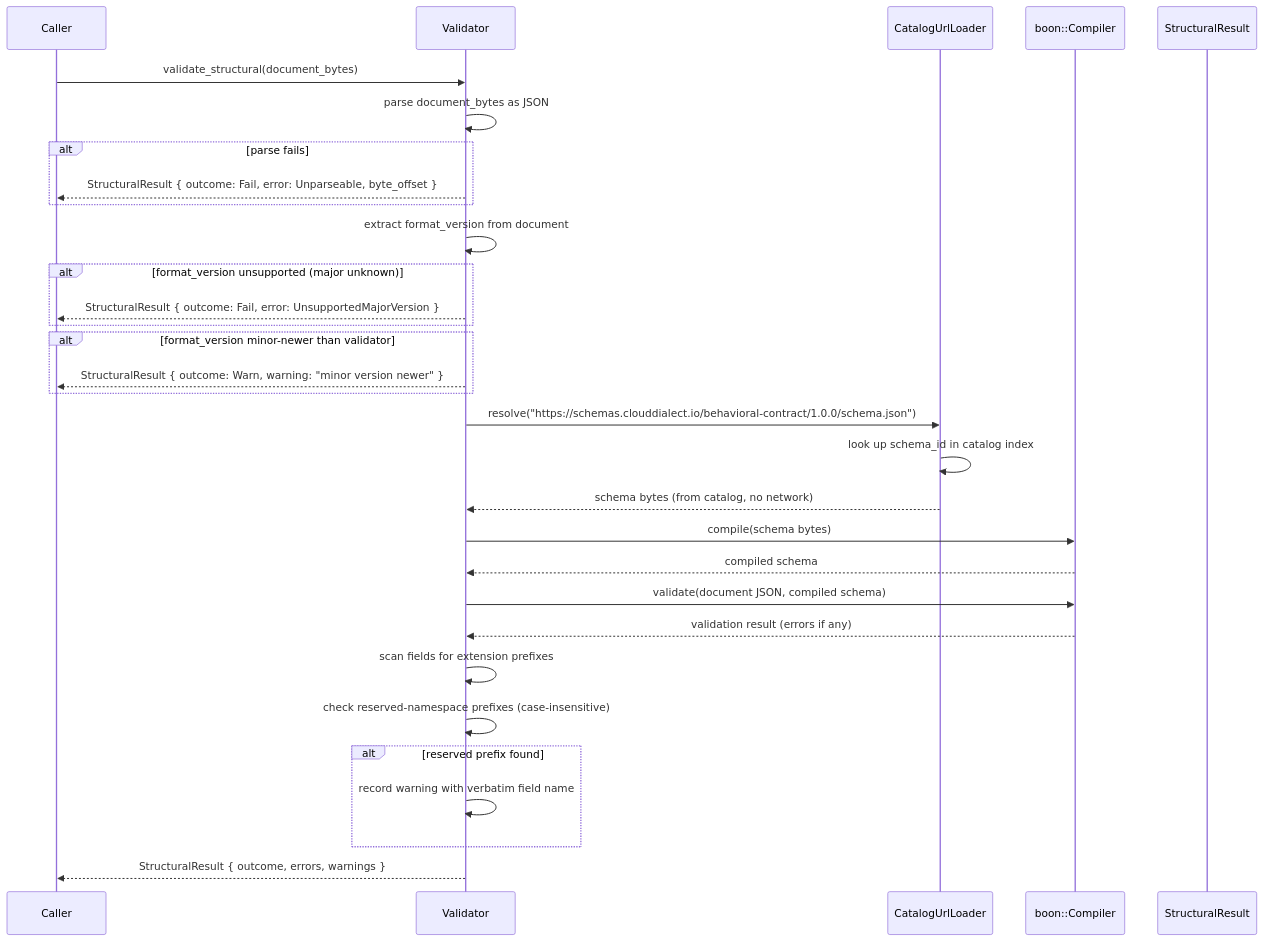
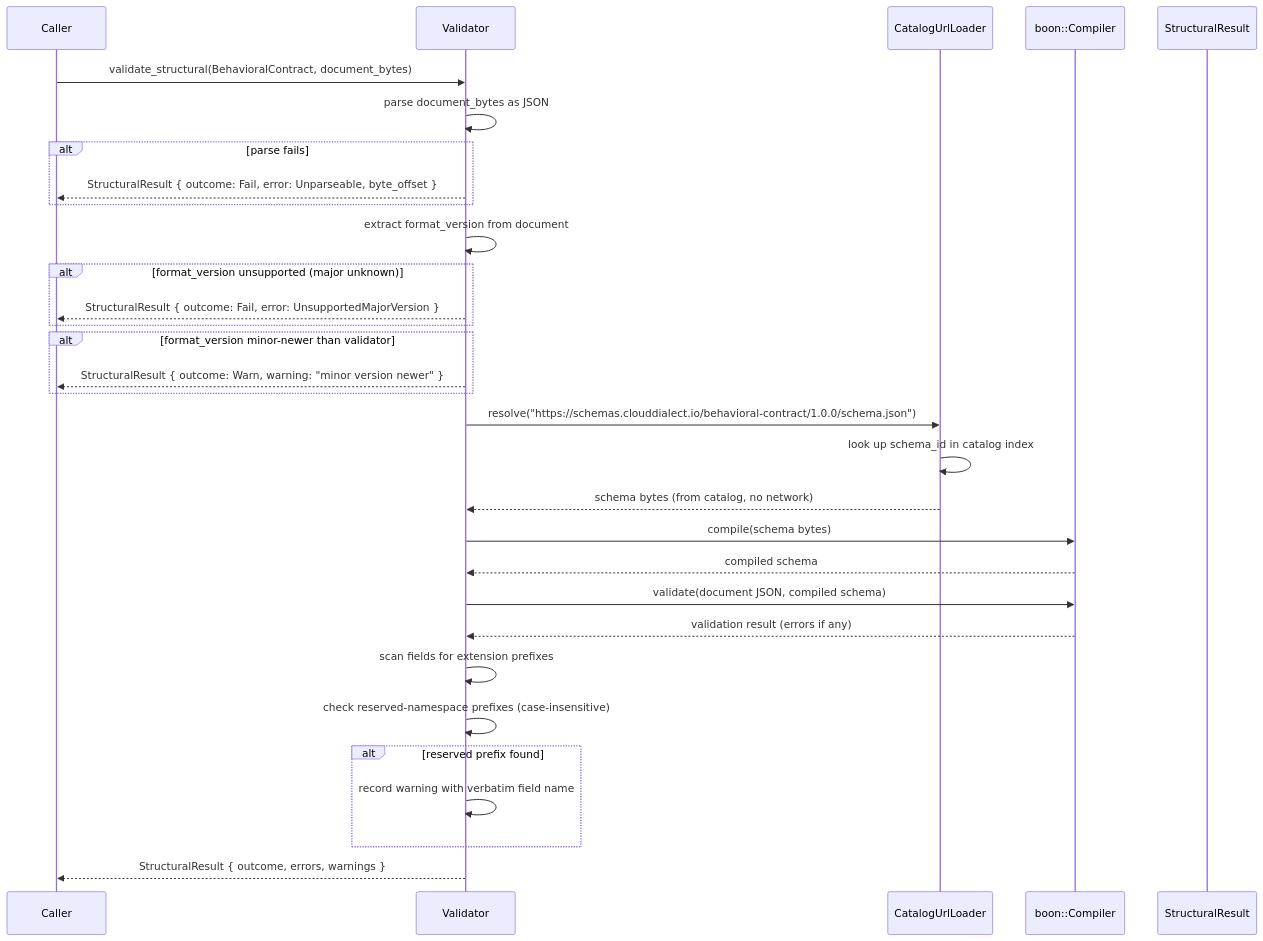
One commit to VincentChuWaiChow/CloudDialect changed the second of 5 diagrams in .kiro/specs/contracts-evidence-foundation/design.md. Above: the diagram before and after it, drawn with Mermaid. The commit also changed other lines of this file and 57 other files, not shown here.

````diff
--- a/.kiro/specs/contracts-evidence-foundation/design.md
+++ b/.kiro/specs/contracts-evidence-foundation/design.md
@@ -916,34 +1158,34 @@
 ```mermaid
 sequenceDiagram
     participant C as Caller
     participant V as Validator
     participant R as CatalogUrlLoader
     participant E as boon::Compiler
     participant S as StructuralResult
 
-    C->>V: validate_structural(document_bytes)
+    C->>V: validate_structural(BehavioralContract, document_bytes)
     V->>V: parse document_bytes as JSON
     alt parse fails
         V-->>C: StructuralResult { outcome: Fail, error: Unparseable, byte_offset }
     end
     V->>V: extract format_version from document
     alt format_version unsupported (major unknown)
         V-->>C: StructuralResult { outcome: Fail, error: UnsupportedMajorVersion }
     end
     alt format_version minor-newer than validator
         V-->>C: StructuralResult { outcome: Warn, warning: "minor version newer" }
     end
     V->>R: resolve("https://schemas.clouddialect.io/behavioral-contract/1.0.0/schema.json")
     R->>R: look up schema_id in catalog index
     R-->>V: schema bytes (from catalog, no network)
     V->>E: compile(schema bytes)
     E-->>V: compiled schema
     V->>E: validate(document JSON, compiled schema)
     E-->>V: validation result (errors if any)
     V->>V: scan fields for extension prefixes
     V->>V: check reserved-namespace prefixes (case-insensitive)
     alt reserved prefix found
         V->>V: record warning with verbatim field name
     end
     V-->>C: StructuralResult { outcome, errors, warnings }
 ```
````
